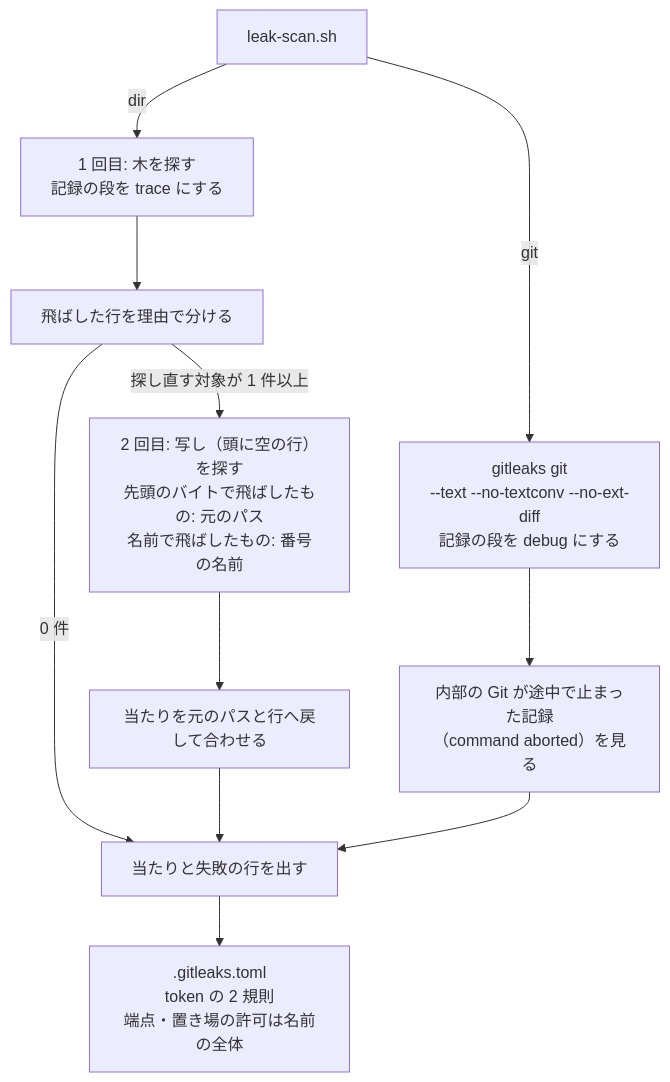
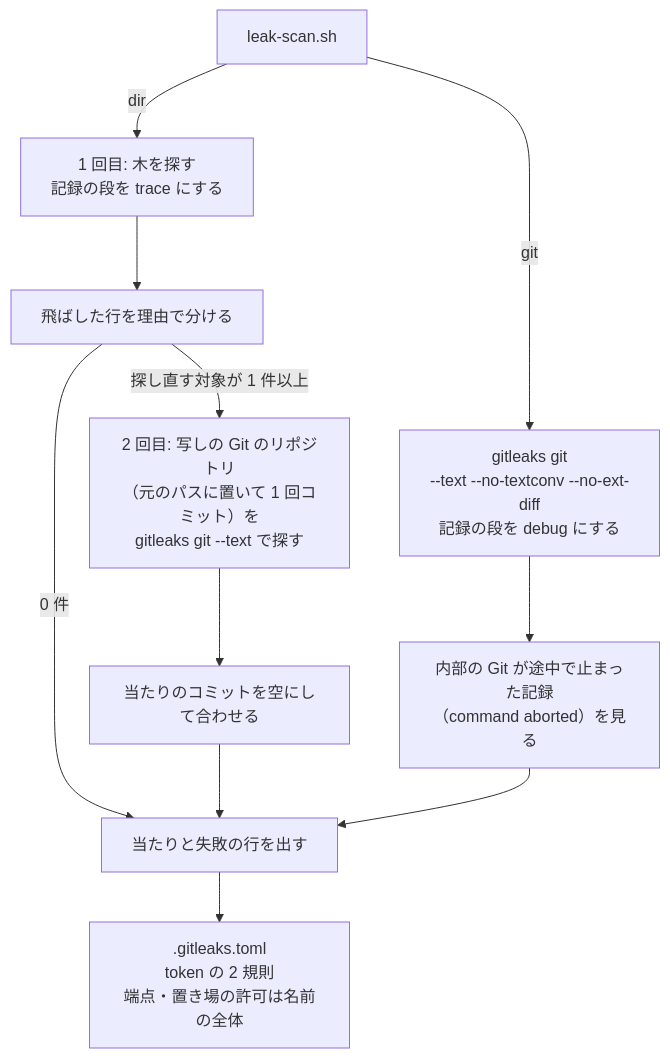
Before and after one commit to devbasex/nd-factory: the second of 3 diagrams in issues/issue-98-design.md, drawn with Mermaid. The commit also changed other lines of this file, not shown here.

First line of the commit message:
設計の見直し: #98 の今の木の探し直しを写しの Git のリポジトリで行い、許可から acme を外す

````diff
--- a/issues/issue-98-design.md
+++ b/issues/issue-98-design.md
@@ -63,13 +63,13 @@
 ```mermaid
 flowchart TD
     scan["leak-scan.sh"] -->|git| ggit["gitleaks git<br/>--text --no-textconv --no-ext-diff<br/>記録の段を debug にする"]
     ggit --> gchk["内部の Git が途中で止まった記録<br/>（command aborted）を見る"]
     scan -->|dir| p1["1 回目: 木を探す<br/>記録の段を trace にする"]
     p1 --> pick["飛ばした行を理由で分ける"]
-    pick -->|探し直す対象が 1 件以上| p2["2 回目: 写し（頭に空の行）を探す<br/>先頭のバイトで飛ばしたもの: 元のパス<br/>名前で飛ばしたもの: 番号の名前"]
-    p2 --> merge["当たりを元のパスと行へ戻して合わせる"]
+    pick -->|探し直す対象が 1 件以上| p2["2 回目: 写しの Git のリポジトリ<br/>（元のパスに置いて 1 回コミット）を<br/>gitleaks git --text で探す"]
+    p2 --> merge["当たりのコミットを空にして合わせる"]
     pick -->|0 件| out["当たりと失敗の行を出す"]
     merge --> out
     gchk --> out
     out --> rules[".gitleaks.toml<br/>token の 2 規則<br/>端点・置き場の許可は名前の全体"]
 ```
````
